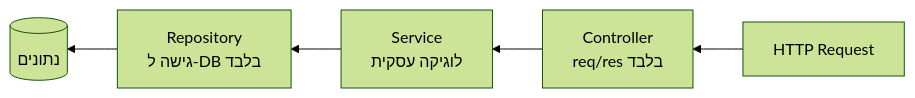
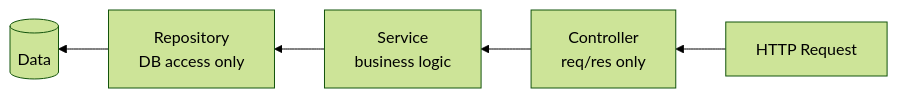
Before and after one commit to neriyaMalachi/FullStack_kodkode_5: the diagram in content/docs/additions/42-mvc-ddd-content.md, drawn with Mermaid (forest theme). The commit also changed other lines of this file and 117 other files, not shown here.

````diff
--- a/content/docs/additions/42-mvc-ddd-content.md
+++ b/content/docs/additions/42-mvc-ddd-content.md
@@ -58,10 +58,10 @@
 ```mermaid
 flowchart RL
     Req["HTTP Request"] --> Ctrl["Controller
-    req/res בלבד"]
+    req/res only"]
     Ctrl --> Svc["Service
-    לוגיקה עסקית"]
+    business logic"]
     Svc --> Repo["Repository
-    גישה ל-DB בלבד"]
-    Repo --> DB[("נתונים")]
+    DB access only"]
+    Repo --> DB[("Data")]
 ```
````
